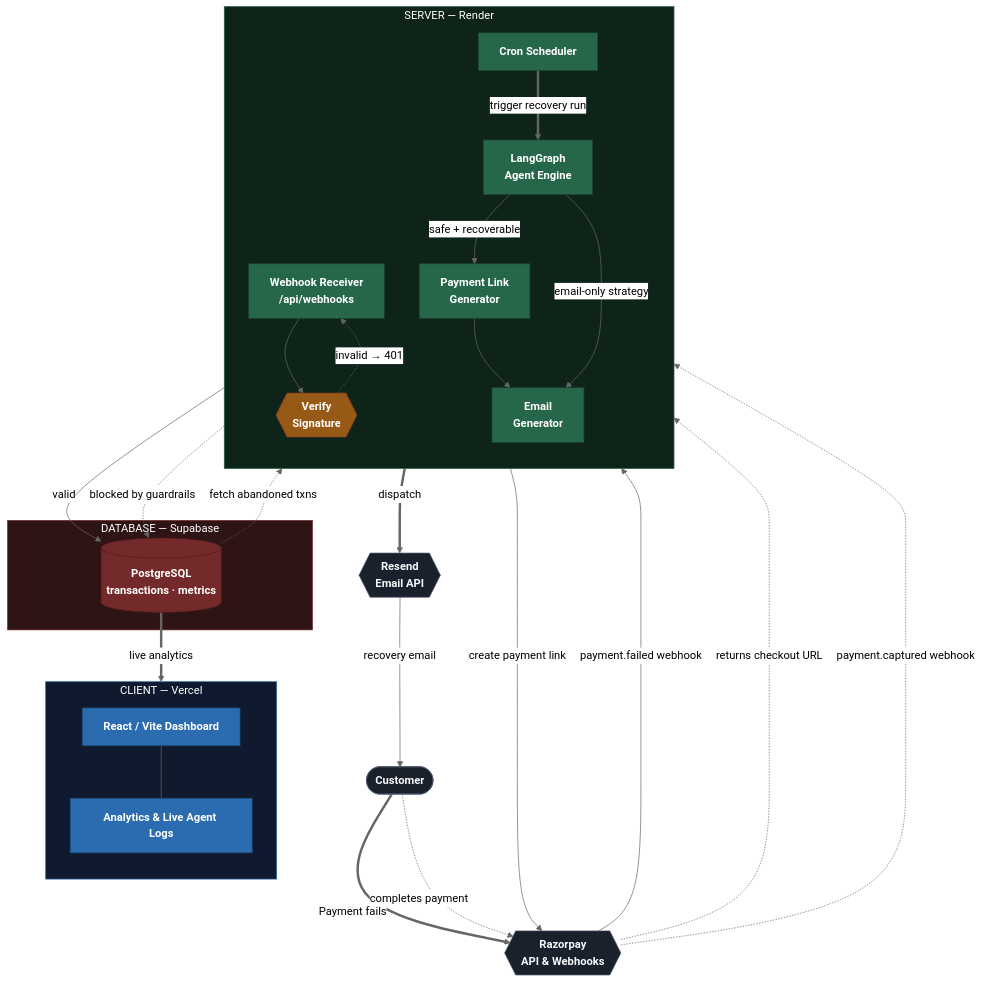
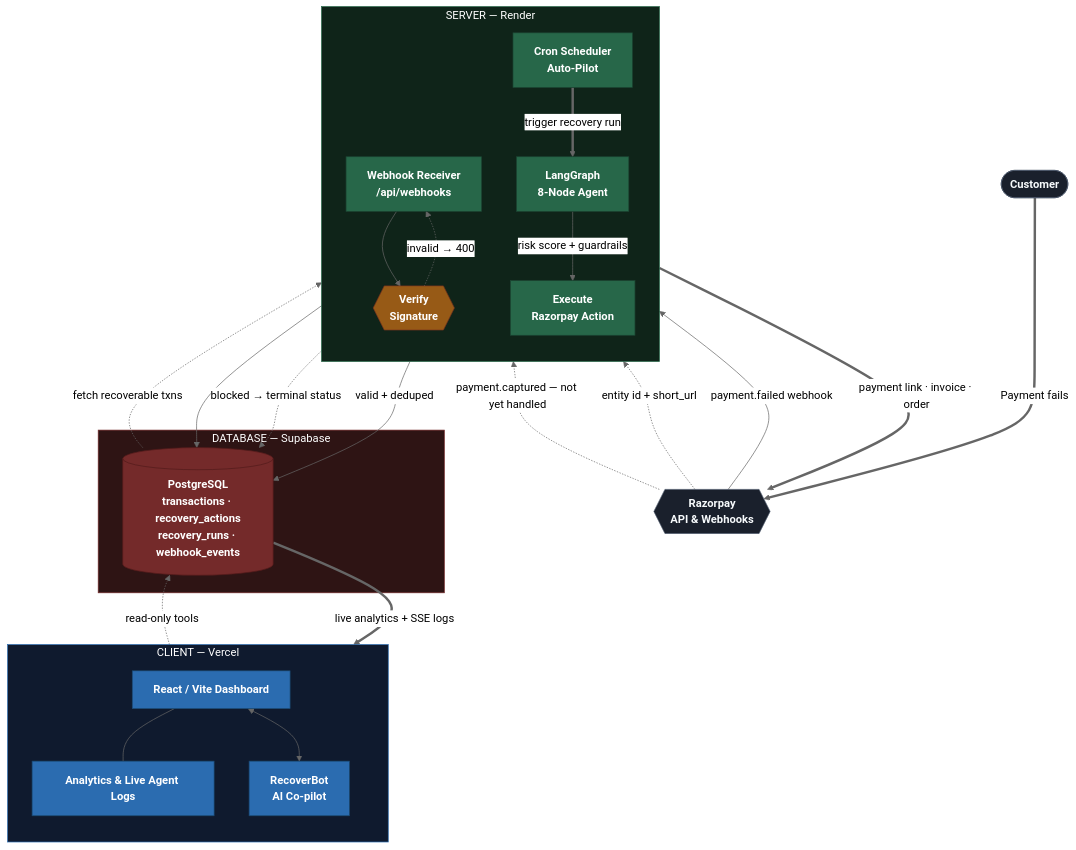
One commit to saurabhduhariya/Clawback changed the first of 3 diagrams in README.md. Above: the diagram before and after it, drawn with Mermaid (neutral theme). The commit also changed other lines of this file, not shown here.

Commit message:
Update README to reflect new features and clarify recovery process

````diff
--- a/README.md
+++ b/README.md
@@ -88,66 +109,63 @@
 ```mermaid
 flowchart TB
     Customer([" Customer "])
     RZP{{" Razorpay\nAPI & Webhooks "}}
-    Resend{{" Resend\nEmail API "}}
 
     subgraph ClientLayer[" CLIENT — Vercel "]
         direction TB
         UI["React / Vite Dashboard"]
         Charts["Analytics & Live Agent Logs"]
+        Bot["RecoverBot\nAI Co-pilot"]
         UI --- Charts
     end
 
     subgraph ServerLayer[" SERVER — Render "]
         direction TB
         WebhookAPI["Webhook Receiver\n/api/webhooks"]
         Verify{{"Verify\nSignature"}}
-        Scheduler["Cron Scheduler"]
-        AgentEngine["LangGraph\nAgent Engine"]
-        LinkGen["Payment Link\nGenerator"]
-        EmailGen["Email\nGenerator"]
+        Scheduler["Cron Scheduler\nAuto-Pilot"]
+        AgentEngine["LangGraph\n8-Node Agent"]
+        Execute["Execute\nRazorpay Action"]
     end
 
     subgraph DataLayer[" DATABASE — Supabase "]
-        DB[("PostgreSQL\ntransactions · metrics")]
+        DB[("PostgreSQL\ntransactions · recovery_actions\nrecovery_runs · webhook_events")]
     end
 
     Customer == "Payment fails" ==> RZP
     RZP -- "payment.failed webhook" --> WebhookAPI
     WebhookAPI --> Verify
-    Verify -- "valid" --> DB
-    Verify -. "invalid → 401" .-> WebhookAPI
+    Verify -- "valid + deduped" --> DB
+    Verify -. "invalid → 400" .-> WebhookAPI
 
     Scheduler == "trigger recovery run" ==> AgentEngine
-    DB -. "fetch abandoned txns" .-> AgentEngine
+    DB -. "fetch recoverable txns" .-> AgentEngine
 
-    AgentEngine -- "safe + recoverable" --> LinkGen
-    AgentEngine -. "blocked by guardrails" .-> DB
-    LinkGen -- "create payment link" --> RZP
-    RZP -. "returns checkout URL" .-> LinkGen
-    LinkGen --> EmailGen
-    AgentEngine -- "email-only strategy" --> EmailGen
+    AgentEngine -- "risk score + guardrails" --> Execute
+    AgentEngine -. "blocked → terminal status" .-> DB
+    Execute == "payment link · invoice · order" ==> RZP
+    RZP -. "entity id + short_url" .-> Execute
+    Execute --> DB
 
-    EmailGen == "dispatch" ==> Resend
-    Resend -- "recovery email" --> Customer
-    Customer -. "completes payment" .-> RZP
-    RZP -. "payment.captured webhook" .-> WebhookAPI
+    DB == "live analytics + SSE logs" ==> UI
+    UI <--> Bot
+    Bot -. "read-only tools" .-> DB
 
-    DB == "live analytics" ==> UI
+    RZP -. "payment.captured — not yet handled" .-> WebhookAPI
 
     classDef actor fill:#1a202c,stroke:#4a5568,color:#f7fafc,font-weight:bold
     classDef client fill:#2b6cb0,stroke:#1a4971,color:#fff,font-weight:bold
     classDef server fill:#276749,stroke:#1c4532,color:#fff,font-weight:bold
     classDef gate fill:#975a16,stroke:#7b341e,color:#fff,font-weight:bold
     classDef data fill:#742a2a,stroke:#521b1b,color:#fff,font-weight:bold
 
-    class Customer,RZP,Resend actor
-    class UI,Charts client
-    class WebhookAPI,Scheduler,AgentEngine,LinkGen,EmailGen server
+    class Customer,RZP actor
+    class UI,Charts,Bot client
+    class WebhookAPI,Scheduler,AgentEngine,Execute server
     class Verify gate
     class DB data
 
     style ClientLayer fill:#0f1a2e,stroke:#2b6cb0,stroke-width:1px,color:#fff
     style ServerLayer fill:#0f2419,stroke:#276749,stroke-width:1px,color:#fff
     style DataLayer fill:#2e1414,stroke:#742a2a,stroke-width:1px,color:#fff
 ```
````
